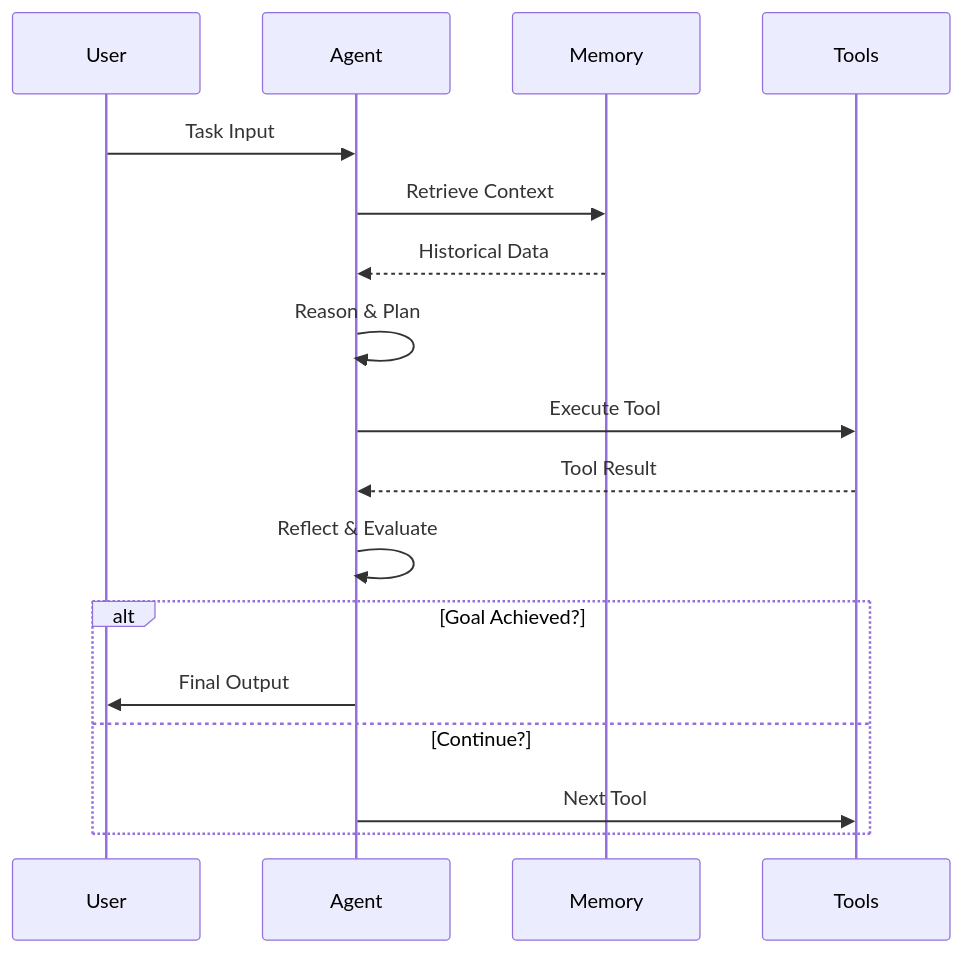
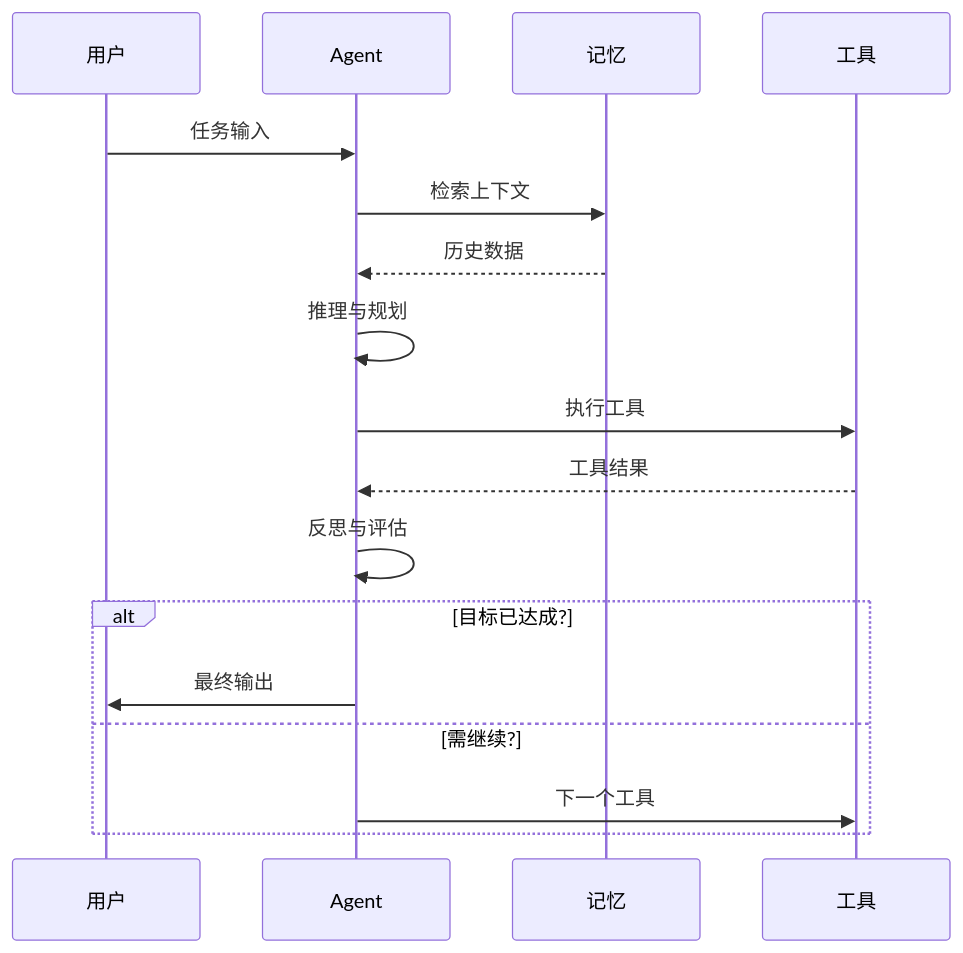
The second of 8 diagrams in i18n/zh-Hans/docusaurus-plugin-content-docs/current/ai/agents/architecture.mdx (YiWang24/AiDIY), drawn with Mermaid before and after one commit. The commit also changed other lines of this file and 59 other files, not shown here.

````diff
--- a/i18n/zh-Hans/docusaurus-plugin-content-docs/current/ai/agents/architecture.mdx
+++ b/i18n/zh-Hans/docusaurus-plugin-content-docs/current/ai/agents/architecture.mdx
@@ -56,22 +56,22 @@
 ```mermaid
 sequenceDiagram
-    participant U as User
+    participant U as 用户
     participant A as Agent
-    participant M as Memory
-    participant T as Tools
+    participant M as 记忆
+    participant T as 工具
 
-    U->>A: Task Input
-    A->>M: Retrieve Context
-    M-->>A: Historical Data
+    U->>A: 任务输入
+    A->>M: 检索上下文
+    M-->>A: 历史数据
 
-    A->>A: Reason & Plan
-    A->>T: Execute Tool
-    T-->>A: Tool Result
+    A->>A: 推理与规划
+    A->>T: 执行工具
+    T-->>A: 工具结果
 
-    A->>A: Reflect & Evaluate
-    alt Goal Achieved?
-        A->>U: Final Output
-    else Continue?
-        A->>T: Next Tool
+    A->>A: 反思与评估
+    alt 目标已达成?
+        A->>U: 最终输出
+    else 需继续?
+        A->>T: 下一个工具
     end
 ```
````
